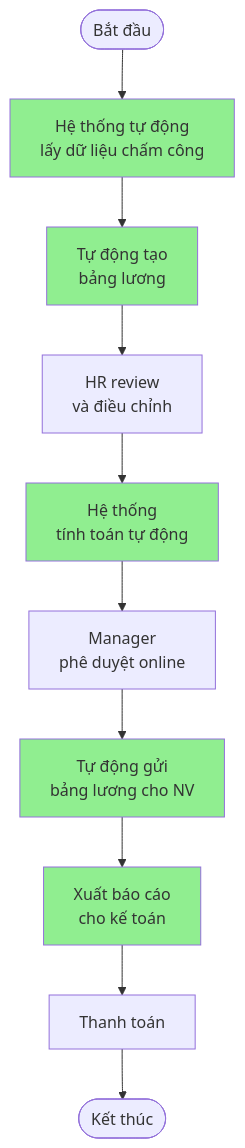
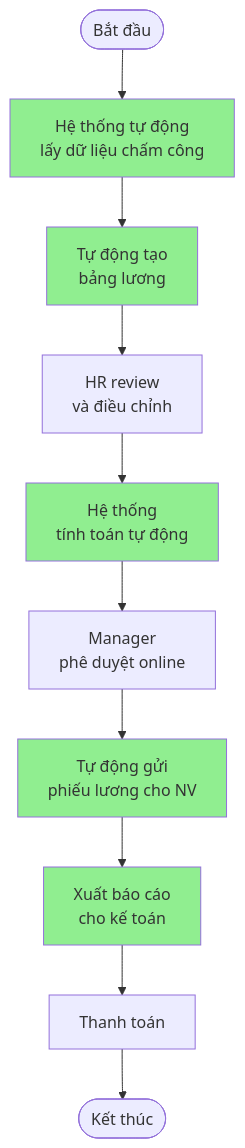
One commit to devsongnhan/Bflow-Doc changed the second of 7 diagrams in HRM/Payroll/2_BusinessProcessModel.md. Above: the diagram before and after it, drawn with Mermaid.

````diff
--- a/HRM/Payroll/2_BusinessProcessModel.md
+++ b/HRM/Payroll/2_BusinessProcessModel.md
@@ -82,18 +82,18 @@
 ```mermaid
 graph TB
     Start([Bắt đầu]) --> A[Hệ thống tự động<br/>lấy dữ liệu chấm công]
     A --> B[Tự động tạo<br/>bảng lương]
     B --> C[HR review<br/>và điều chỉnh]
     C --> D[Hệ thống<br/>tính toán tự động]
     D --> E[Manager<br/>phê duyệt online]
-    E --> F[Tự động gửi<br/>bảng lương cho NV]
+    E --> F[Tự động gửi<br/>phiếu lương cho NV]
     F --> G[Xuất báo cáo<br/>cho kế toán]
     G --> H[Thanh toán]
     H --> End([Kết thúc])
     
     style A fill:#90EE90
     style B fill:#90EE90
     style D fill:#90EE90
     style F fill:#90EE90
     style G fill:#90EE90
 ```
````
